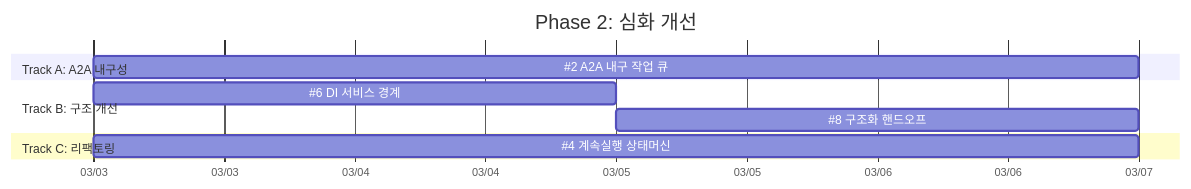
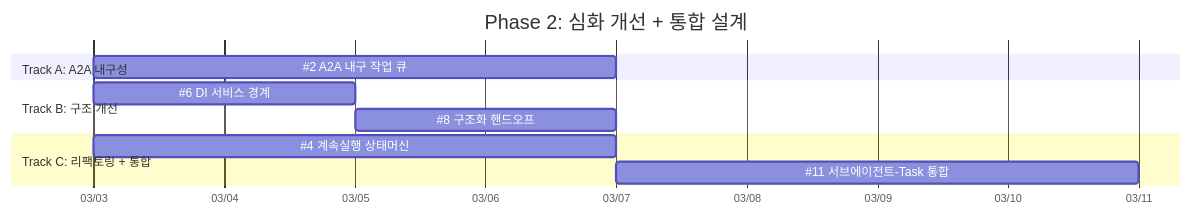
The third of 4 diagrams in prontolab/custom/improvements/ARCHITECTURE-IMPROVEMENTS.md (Pronto-Lab/prontoclaw), drawn with Mermaid before and after one commit. The commit also changed other lines of this file, not shown here.

Commit message:
docs: fix architecture improvements index consistency (#11, #12 additions)

````diff
--- a/prontolab/custom/improvements/ARCHITECTURE-IMPROVEMENTS.md
+++ b/prontolab/custom/improvements/ARCHITECTURE-IMPROVEMENTS.md
@@ -139,16 +142,17 @@
 ```mermaid
 gantt
-    title Phase 2: 심화 개선
+    title Phase 2: 심화 개선 + 통합 설계
     dateFormat  YYYY-MM-DD
     axisFormat  %m/%d
 
     section Track A: A2A 내구성
     #2 A2A 내구 작업 큐       :a2, 2026-03-03, 4d
 
     section Track B: 구조 개선
     #6 DI 서비스 경계          :b6, 2026-03-03, 2d
     #8 구조화 핸드오프         :b8, after b6, 2d
 
-    section Track C: 리팩토링
+    section Track C: 리팩토링 + 통합
     #4 계속실행 상태머신       :c4, 2026-03-03, 4d
+    #11 서브에이전트-Task 통합  :c11, after c4, 4d
 ```
````
